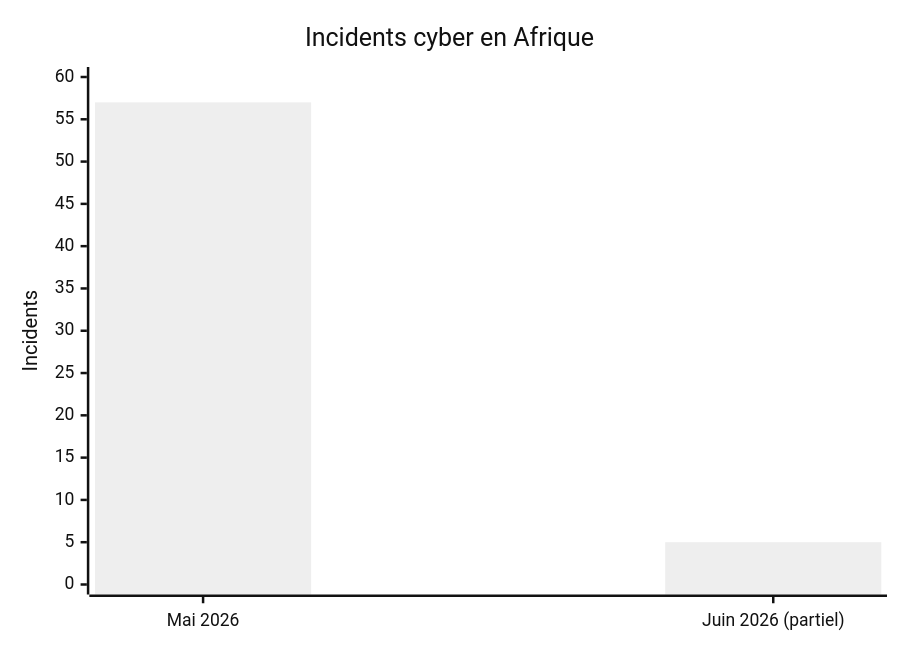
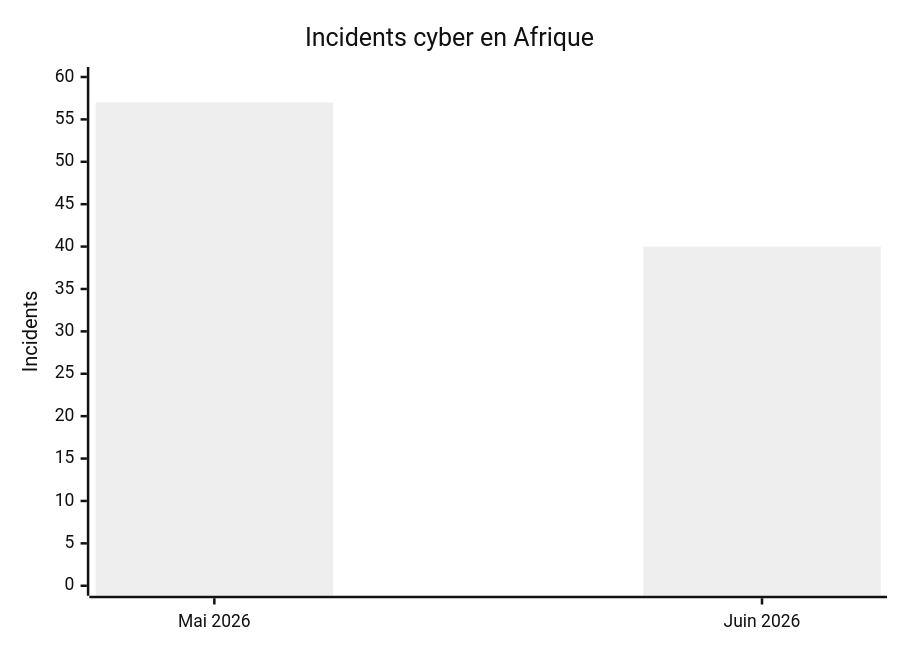
The first of 5 diagrams in comparison/2026/05-may-june/README_FR.md (Hatchepsoute/AFRINTEL), drawn with Mermaid (neutral theme) before and after one commit. The commit also changed other lines of this file and 18 other files, not shown here.

````diff
--- a/comparison/2026/05-may-june/README_FR.md
+++ b/comparison/2026/05-may-june/README_FR.md
@@ -36,7 +35,7 @@
 ```mermaid
 xychart-beta
 title "Incidents cyber en Afrique"
-x-axis ["Mai 2026","Juin 2026 (partiel)"]
+x-axis ["Mai 2026","Juin 2026"]
 y-axis "Incidents" 0 --> 60
-bar [57,5]
+bar [57,40]
 ```
````
